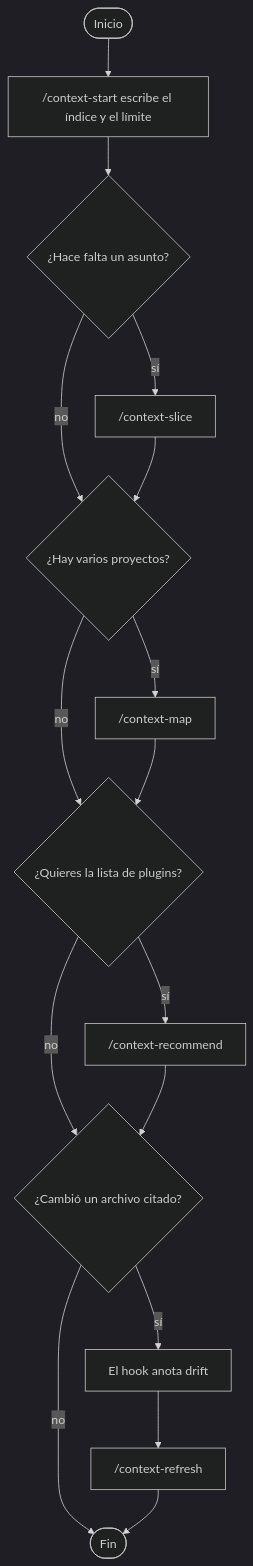
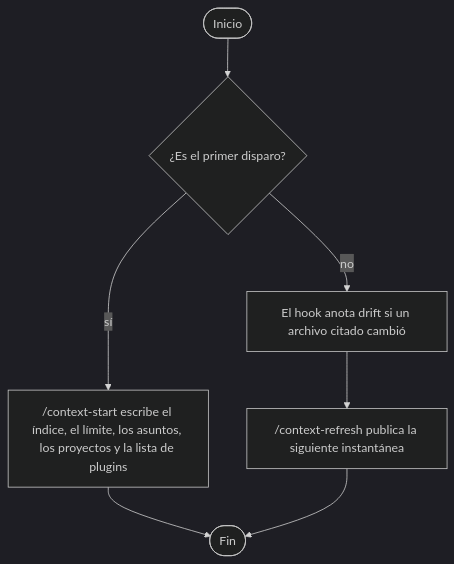
The diagram in README.es.md (ADRenaline-Suite/plugin-project-context), drawn with Mermaid (dark theme) before and after one commit. The commit also changed other lines of this file and 15 other files, not shown here.

Commit message:
El primer escaneo publica la foto completa, deja un apuntador en AGENTS.md y reconoce la salida de la suite por ORIGIN.json.

````diff
--- a/README.es.md
+++ b/README.es.md
@@ -25,18 +25,9 @@
 ```mermaid
 flowchart TD
-  inicio([Inicio]) --> primero["/context-start escribe el índice y el límite"]
-  primero --> asunto{¿Hace falta un asunto?}
-  asunto -->|sí| corte["/context-slice"]
-  asunto -->|no| proyectos
-  corte --> proyectos{¿Hay varios proyectos?}
-  proyectos -->|sí| mapa["/context-map"]
-  proyectos -->|no| plugins
-  mapa --> plugins{¿Quieres la lista de plugins?}
-  plugins -->|sí| lista["/context-recommend"]
-  plugins -->|no| cambio
-  lista --> cambio{¿Cambió un archivo citado?}
-  cambio -->|sí| deriva["El hook anota drift"]
-  deriva --> refresco["/context-refresh"]
-  cambio -->|no| fin([Fin])
+  inicio([Inicio]) --> disparo{¿Es el primer disparo?}
+  disparo -->|sí| primero["/context-start escribe el índice, el límite, los asuntos, los proyectos y la lista de plugins"]
+  primero --> fin([Fin])
+  disparo -->|no| deriva["El hook anota drift si un archivo citado cambió"]
+  deriva --> refresco["/context-refresh publica la siguiente instantánea"]
   refresco --> fin
 ```
````
